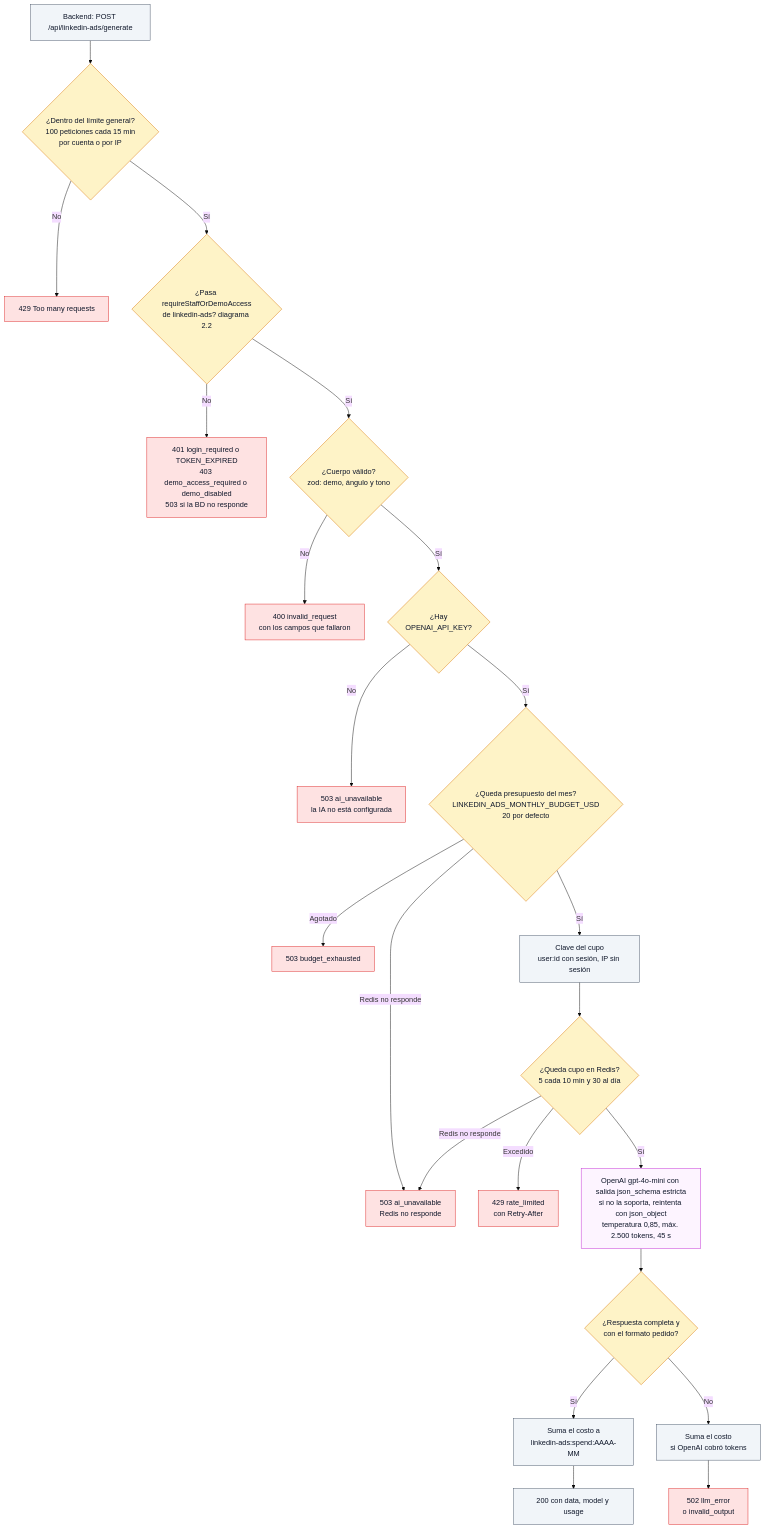
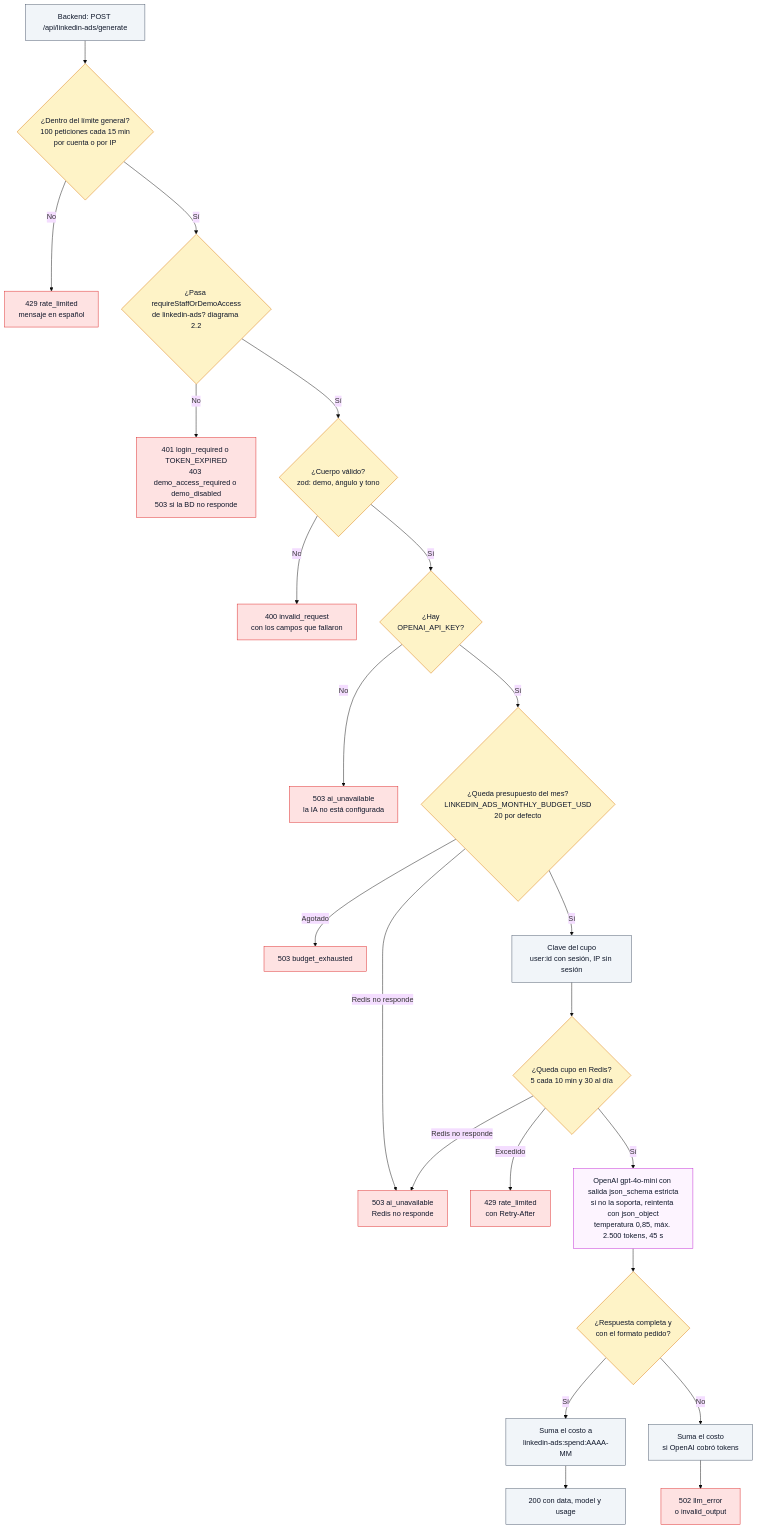
One commit to ronalc90/koptup changed diagram 16 of 23 in docs/wiki/Doc-14-3-Flujos-Tecnicos.md. Above: the diagram before and after it, drawn with Mermaid (base theme). The commit also changed other lines of this file and 116 other files, not shown here.

````diff
--- a/docs/wiki/Doc-14-3-Flujos-Tecnicos.md
+++ b/docs/wiki/Doc-14-3-Flujos-Tecnicos.md
@@ -960,50 +964,50 @@
 ```mermaid
 flowchart TD
     classDef visitante fill:#dbeafe,stroke:#2563eb,color:#0f172a
     classDef sistema fill:#f1f5f9,stroke:#475569,color:#0f172a
     classDef admin fill:#f3e8ff,stroke:#9333ea,color:#0f172a
     classDef aviso fill:#dcfce7,stroke:#16a34a,color:#0f172a
     classDef decision fill:#fef3c7,stroke:#d97706,color:#0f172a
     classDef error fill:#fee2e2,stroke:#dc2626,color:#0f172a
     classDef externo fill:#fdf4ff,stroke:#c026d3,color:#0f172a
 
     IN["Backend: POST /api/linkedin-ads/generate"]:::sistema
     G{"¿Dentro del límite general?<br/>100 peticiones cada 15 min<br/>por cuenta o por IP"}:::decision
-    E429a["429 Too many requests"]:::error
+    E429a["429 rate_limited<br/>mensaje en español"]:::error
     A{"¿Pasa requireStaffOrDemoAccess<br/>de linkedin-ads? diagrama 2.2"}:::decision
     EA["401 login_required o TOKEN_EXPIRED<br/>403 demo_access_required o demo_disabled<br/>503 si la BD no responde"]:::error
     V{"¿Cuerpo válido?<br/>zod: demo, ángulo y tono"}:::decision
     EV["400 invalid_request<br/>con los campos que fallaron"]:::error
     K{"¿Hay<br/>OPENAI_API_KEY?"}:::decision
     EK["503 ai_unavailable<br/>la IA no está configurada"]:::error
     BU{"¿Queda presupuesto del mes?<br/>LINKEDIN_ADS_MONTHLY_BUDGET_USD<br/>20 por defecto"}:::decision
     EB["503 budget_exhausted"]:::error
     ER["503 ai_unavailable<br/>Redis no responde"]:::error
     KEY["Clave del cupo<br/>user:id con sesión, IP sin sesión"]:::sistema
     RL{"¿Queda cupo en Redis?<br/>5 cada 10 min y 30 al día"}:::decision
     E429["429 rate_limited<br/>con Retry-After"]:::error
     AI["OpenAI gpt-4o-mini con salida json_schema estricta<br/>si no la soporta, reintenta con json_object<br/>temperatura 0,85, máx. 2.500 tokens, 45 s"]:::externo
     OK{"¿Respuesta completa y<br/>con el formato pedido?"}:::decision
     SPF["Suma el costo<br/>si OpenAI cobró tokens"]:::sistema
     E502["502 llm_error<br/>o invalid_output"]:::error
     SP["Suma el costo a<br/>linkedin-ads:spend:AAAA-MM"]:::sistema
     R200["200 con data, model y usage"]:::sistema
 
     IN --> G
     G -->|No| E429a
     G -->|Sí| A
     A -->|No| EA
     A -->|Sí| V
     V -->|No| EV
     V -->|Sí| K
     K -->|No| EK
     K -->|Sí| BU
     BU -->|Agotado| EB
     BU -->|Redis no responde| ER
     BU -->|Sí| KEY --> RL
     RL -->|Excedido| E429
     RL -->|Redis no responde| ER
     RL -->|Sí| AI --> OK
     OK -->|Sí| SP --> R200
     OK -->|No| SPF --> E502
 ```
````
